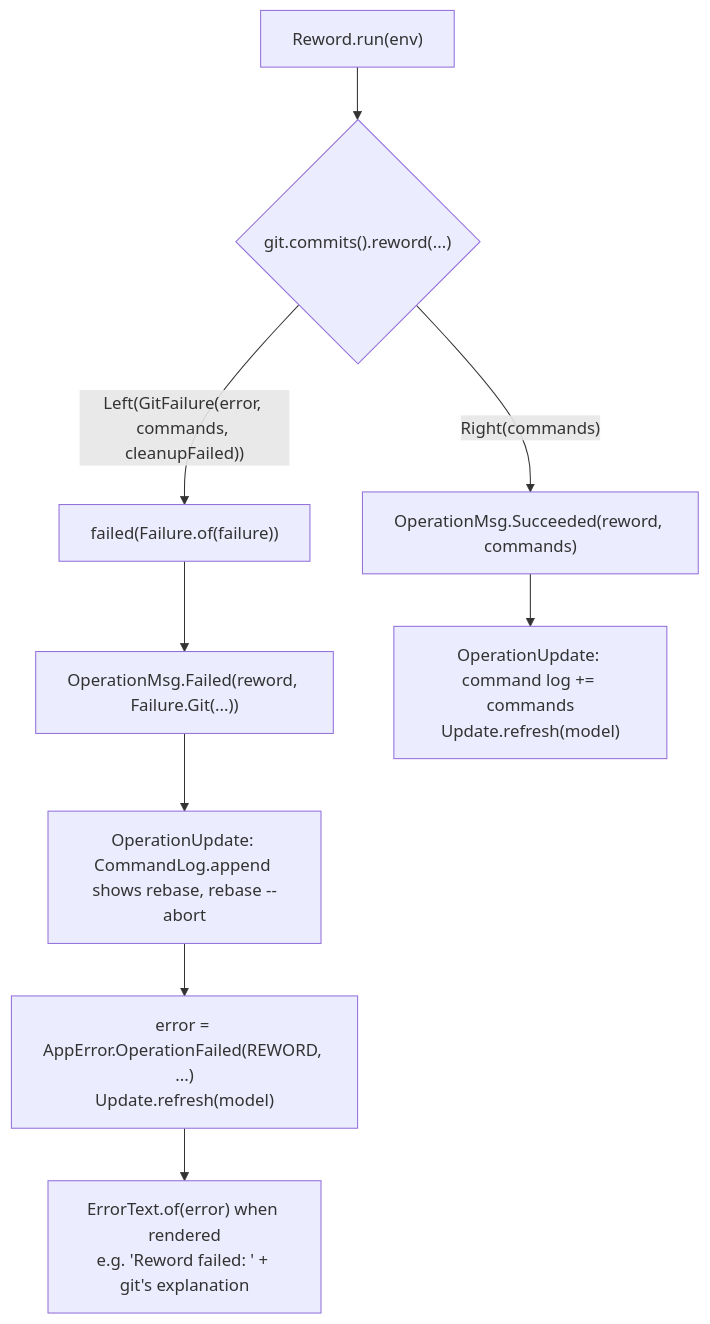
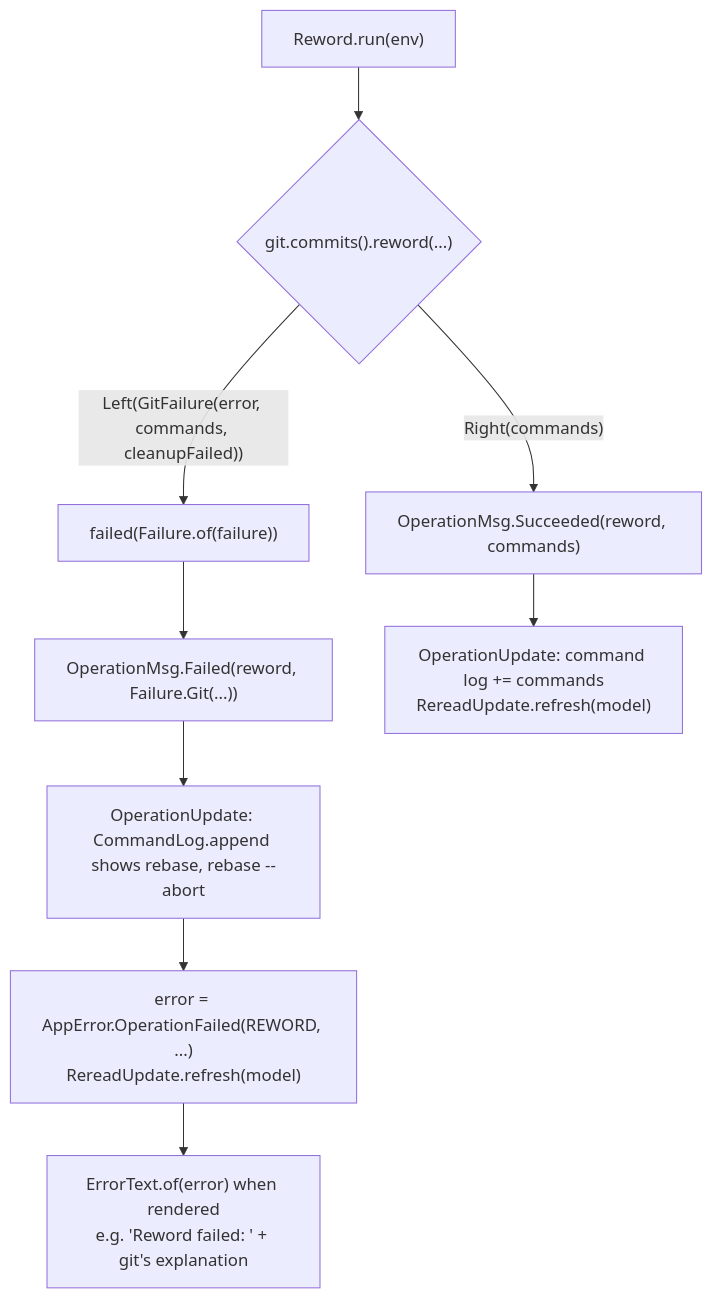
Before and after one commit to cvanfleteren/jazygit: the seventh of 7 diagrams in ARCHITECTURE.md, drawn with Mermaid. The commit also changed other lines of this file, not shown here.

Commit message:
ARCHITECTURE.md names where refresh, tick, start, ask and confirm live now

````diff
--- a/ARCHITECTURE.md
+++ b/ARCHITECTURE.md
@@ -1296,11 +1296,11 @@
 ```mermaid
 flowchart TD
     Run["Reword.run(env)"] --> Either{"git.commits().reword(...)"}
     Either -- "Right(commands)" --> Done["OperationMsg.Succeeded(reword, commands)"]
     Either -- "Left(GitFailure(error, commands, cleanupFailed))" --> FailedWith["failed(Failure.of(failure))"]
     FailedWith --> Failed["OperationMsg.Failed(reword, Failure.Git(...))"]
     Failed --> Log["OperationUpdate: CommandLog.append shows rebase, rebase --abort"]
-    Log --> Update["error = AppError.OperationFailed(REWORD, ...)<br/>Update.refresh(model)"]
+    Log --> Update["error = AppError.OperationFailed(REWORD, ...)<br/>RereadUpdate.refresh(model)"]
     Update --> Text["ErrorText.of(error) when rendered<br/>e.g. 'Reword failed: ' + git's explanation"]
-    Done --> UpdateOk["OperationUpdate: command log += commands<br/>Update.refresh(model)"]
+    Done --> UpdateOk["OperationUpdate: command log += commands<br/>RereadUpdate.refresh(model)"]
 ```
````
